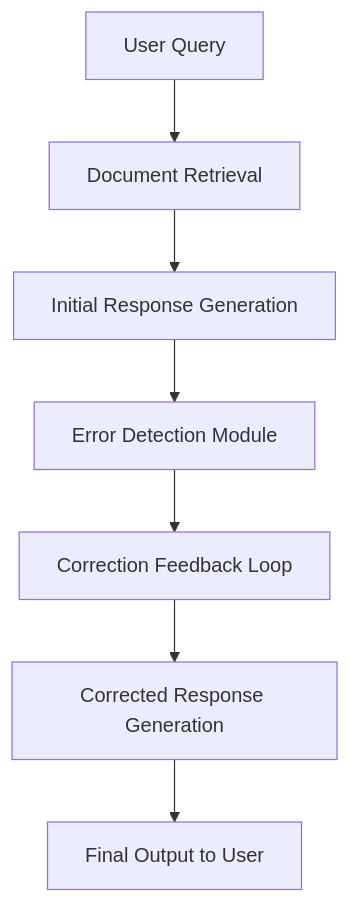
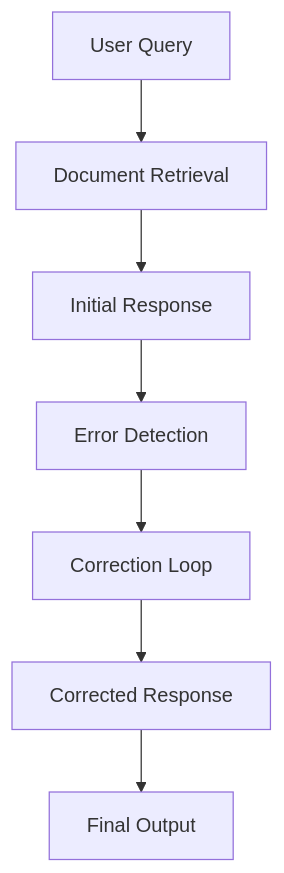
One commit to Dinuk-Di/RAG-Architectures changed the first of 25 diagrams in Readme.md. Above: the diagram before and after it, drawn with Mermaid. The commit also changed other lines of this file, not shown here.

````diff
--- a/Readme.md
+++ b/Readme.md
@@ -15,9 +43,9 @@
 ```mermaid
 flowchart TD
     A[User Query] --> B[Document Retrieval]
-    B --> C[Initial Response Generation]
-    C --> D[Error Detection Module]
-    D --> E[Correction Feedback Loop]
-    E --> F[Corrected Response Generation]
-    F --> G[Final Output to User]
+    B --> C[Initial Response]
+    C --> D[Error Detection]
+    D --> E[Correction Loop]
+    E --> F[Corrected Response]
+    F --> G[Final Output]
 ```
````
